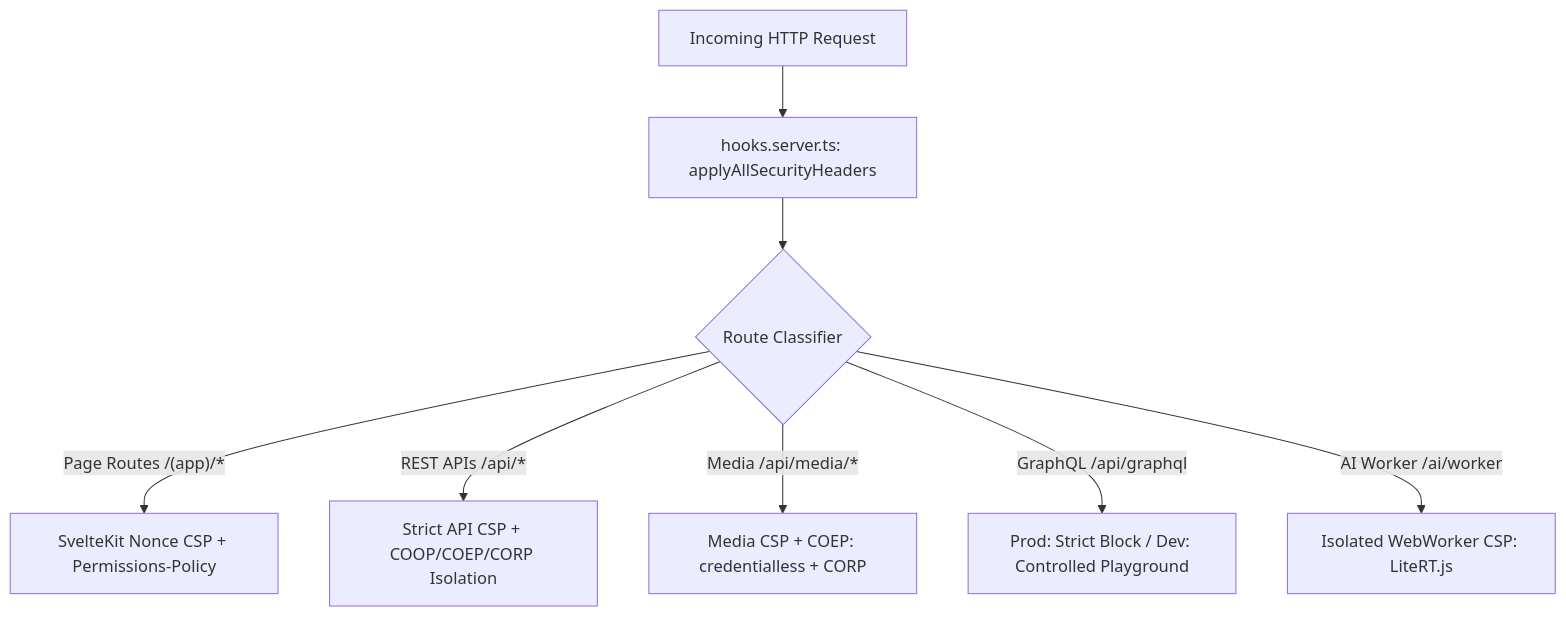
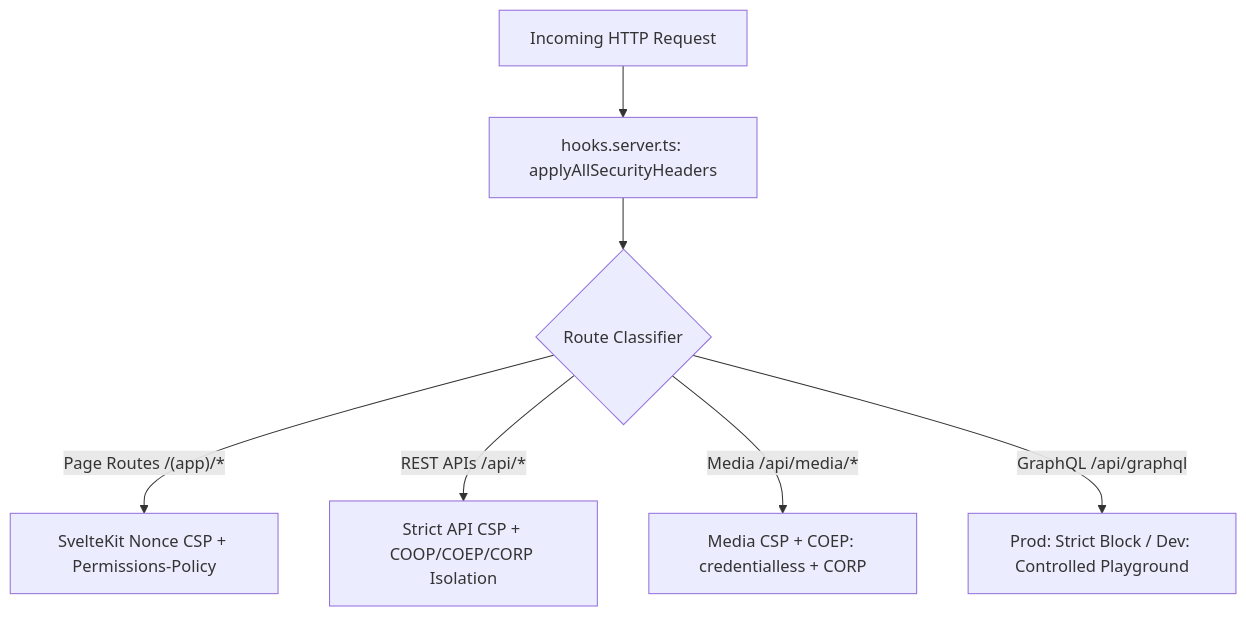
One commit to SveltyCMS/SveltyCMS changed the diagram in docs/reference/security/content-security-policy.mdx. Above: the diagram before and after it, drawn with Mermaid. The commit also changed other lines of this file and 30 other files, not shown here.

````diff
--- a/docs/reference/security/content-security-policy.mdx
+++ b/docs/reference/security/content-security-policy.mdx
@@ -26,10 +26,9 @@
 ```mermaid
 flowchart TD
     Req[Incoming HTTP Request] --> Hooks[hooks.server.ts: applyAllSecurityHeaders]
     Hooks --> RouteCheck{Route Classifier}
     RouteCheck -- "Page Routes /(app)/*" --> PageCSP[SvelteKit Nonce CSP + Permissions-Policy]
     RouteCheck -- "REST APIs /api/*" --> ApiCSP[Strict API CSP + COOP/COEP/CORP Isolation]
     RouteCheck -- "Media /api/media/*" --> MediaCSP[Media CSP + COEP: credentialless + CORP]
     RouteCheck -- "GraphQL /api/graphql" --> GqlCSP[Prod: Strict Block / Dev: Controlled Playground]
-    RouteCheck -- "AI Worker /ai/worker" --> AiCSP[Isolated WebWorker CSP: LiteRT.js]
 ```
````
